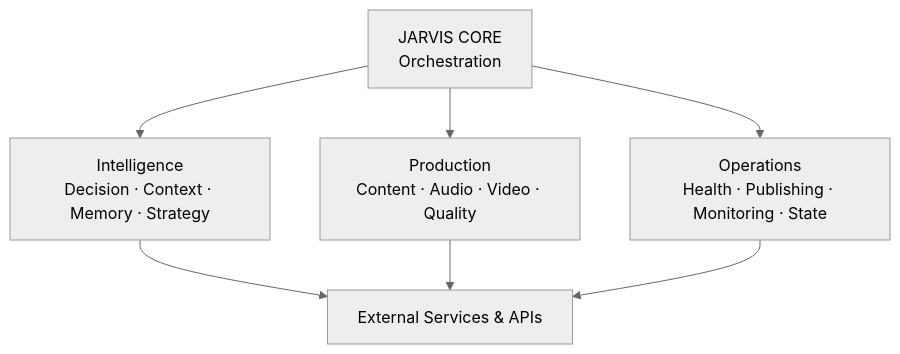
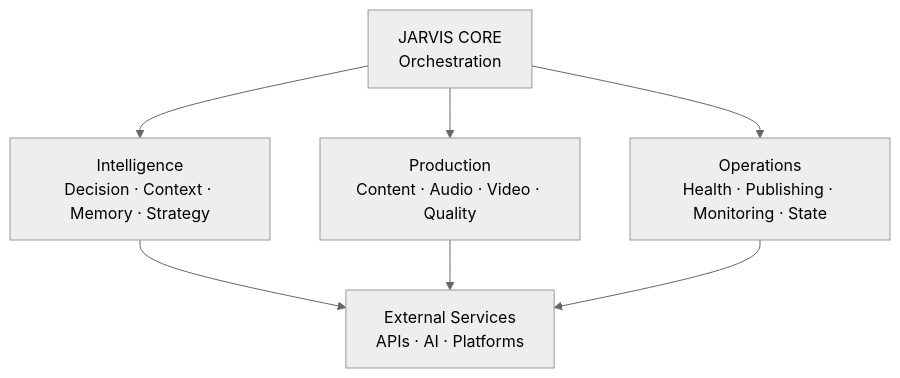
The first of 2 diagrams in README.md (z-scriptz/projeto-jarvis-completo), drawn with Mermaid (neutral theme) before and after one commit. The commit also changed other lines of this file, not shown here.

````diff
--- a/README.md
+++ b/README.md
@@ -43,21 +75,21 @@
 ```mermaid
 flowchart TD
 
     CORE["JARVIS CORE<br/>Orchestration"]
 
     INT["Intelligence<br/>Decision · Context · Memory · Strategy"]
 
     PROD["Production<br/>Content · Audio · Video · Quality"]
 
     OPS["Operations<br/>Health · Publishing · Monitoring · State"]
 
-    API["External Services & APIs"]
+    EXT["External Services<br/>APIs · AI · Platforms"]
 
     CORE --> INT
     CORE --> PROD
     CORE --> OPS
 
-    INT --> API
-    PROD --> API
-    OPS --> API
+    INT --> EXT
+    PROD --> EXT
+    OPS --> EXT
 ```
````
